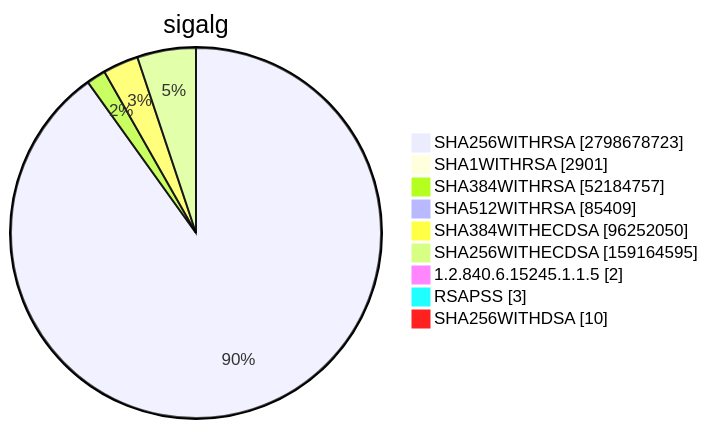
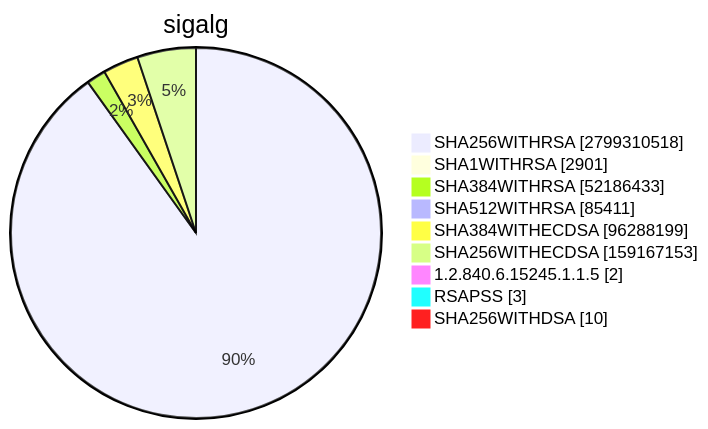
Diagram 15 of 15 in TOTAL/README.md (christiankrug/ctmonitor_visualization), drawn with Mermaid before and after one commit. The commit also changed other lines of this file, not shown here.

````diff
--- a/TOTAL/README.md
+++ b/TOTAL/README.md
@@ -6205,13 +6205,13 @@
 ```mermaid
 pie showData
 title sigalg
-"SHA256WITHRSA" :2798678723
+"SHA256WITHRSA" :2799310518
 "SHA1WITHRSA" :2901
-"SHA384WITHRSA" :52184757
-"SHA512WITHRSA" :85409
-"SHA384WITHECDSA" :96252050
-"SHA256WITHECDSA" :159164595
+"SHA384WITHRSA" :52186433
+"SHA512WITHRSA" :85411
+"SHA384WITHECDSA" :96288199
+"SHA256WITHECDSA" :159167153
 "1.2.840.6.15245.1.1.5" :2
 "RSAPSS" :3
 "SHA256WITHDSA" :10
 ```
````
